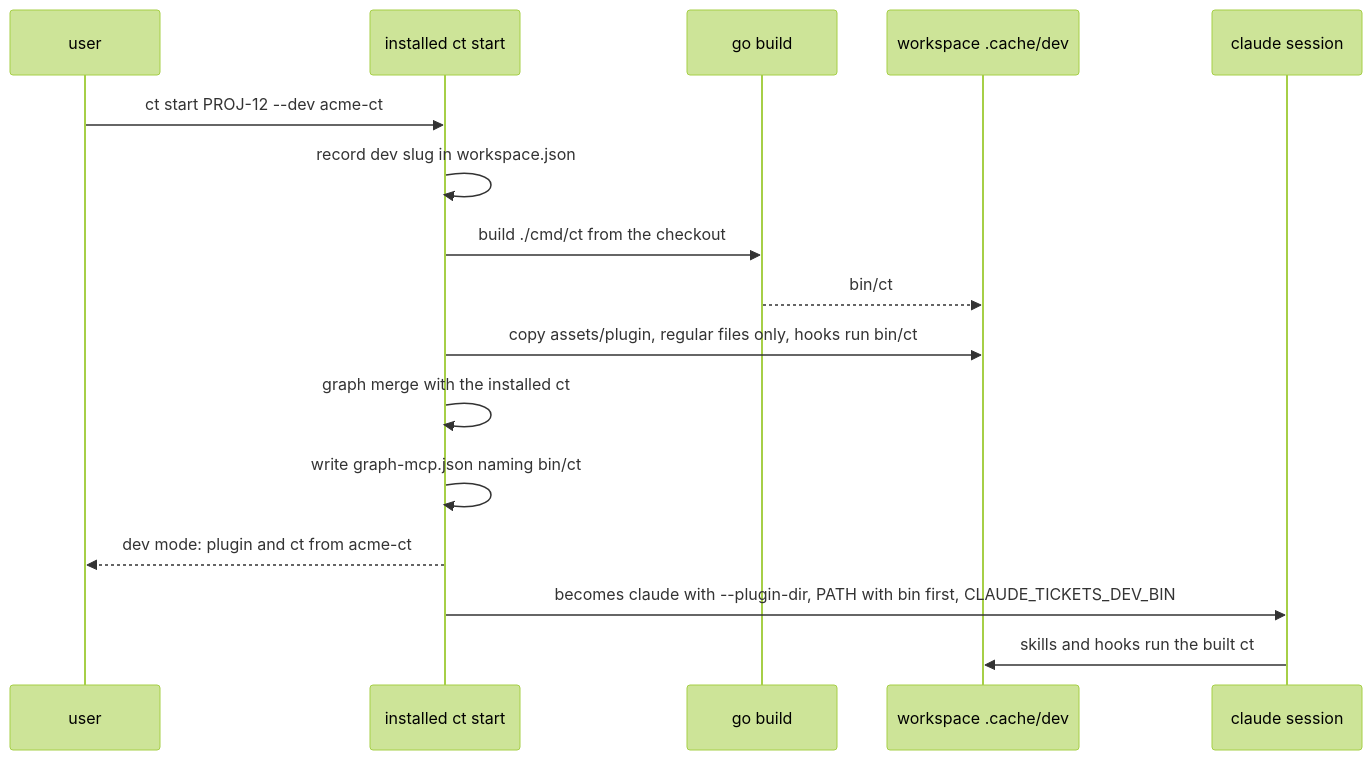
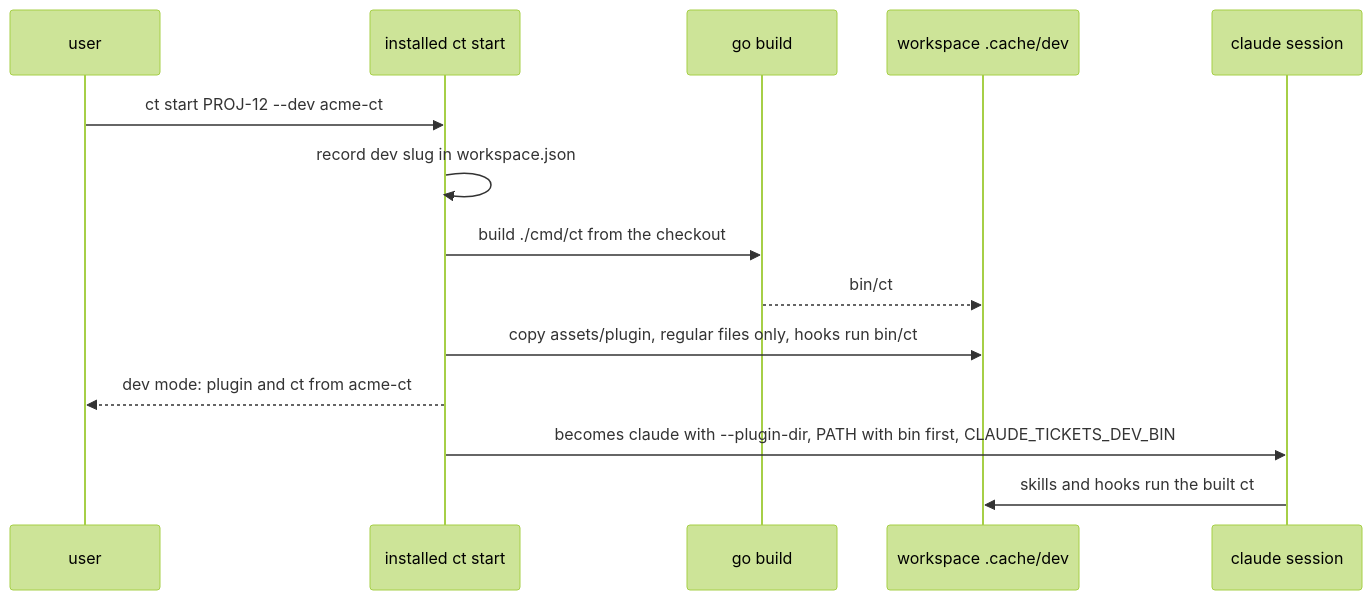
The second of 2 diagrams in docs/workspace-and-vault.md (zero4573/claude-tickets), drawn with Mermaid (forest theme) before and after one commit. The commit also changed other lines of this file and 77 other files, not shown here.

Commit message:
Removed graphify+fff as they weren't contributing much to helping reduce token usage or speeding up request/responses

````diff
--- a/docs/workspace-and-vault.md
+++ b/docs/workspace-and-vault.md
@@ -85,18 +80,16 @@
 ```mermaid
 sequenceDiagram
   participant U as user
   participant S as installed ct start
   participant G as go build
   participant W as workspace .cache/dev
   participant C as claude session
   U->>S: ct start PROJ-12 --dev acme-ct
   S->>S: record dev slug in workspace.json
   S->>G: build ./cmd/ct from the checkout
   G-->>W: bin/ct
   S->>W: copy assets/plugin, regular files only, hooks run bin/ct
-  S->>S: graph merge with the installed ct
-  S->>S: write graph-mcp.json naming bin/ct
   S-->>U: dev mode: plugin and ct from acme-ct
   S->>C: becomes claude with --plugin-dir, PATH with bin first, CLAUDE_TICKETS_DEV_BIN
   C->>W: skills and hooks run the built ct
 ```
````
